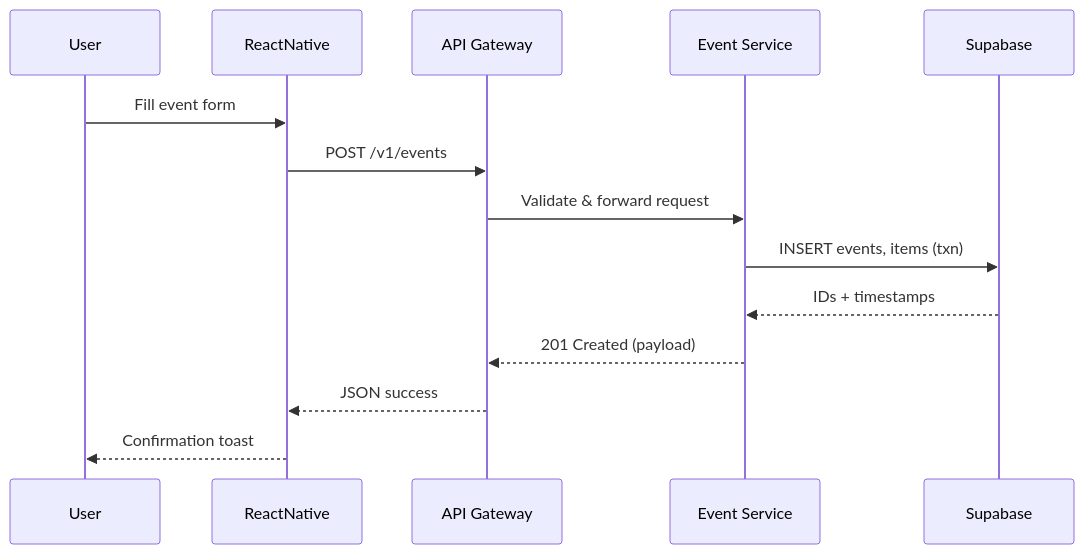
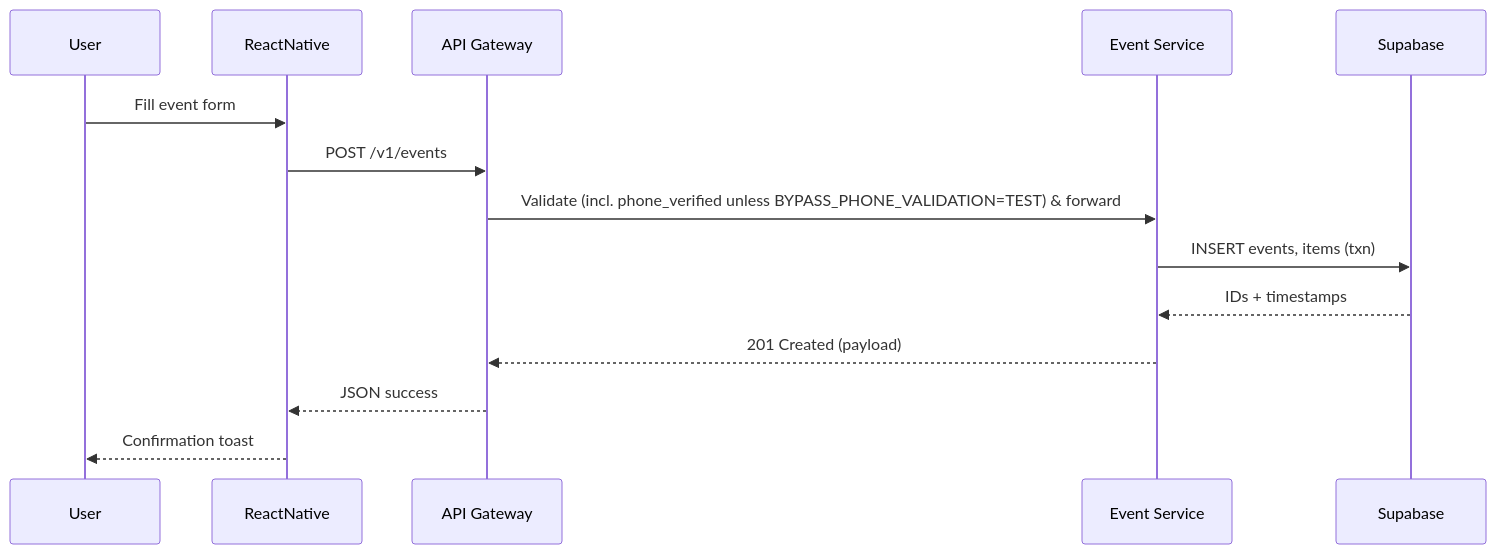
Before and after one commit to desimealsnow/Potluck: the third of 4 diagrams in docs/core/architecture.md, drawn with Mermaid. The commit also changed other lines of this file and 2 other files, not shown here.

Commit message:
feat: Add phone verification flow and update docs

````diff
--- a/docs/core/architecture.md
+++ b/docs/core/architecture.md
@@ -115,17 +118,17 @@
 ```mermaid
 sequenceDiagram
   participant U as User
   participant RN as ReactNative
   participant API as API Gateway
   participant EV as Event Service
   participant DB as Supabase
 
   U->>RN: Fill event form
   RN->>API: POST /v1/events
-  API->>EV: Validate & forward request
+  API->>EV: Validate (incl. phone_verified unless BYPASS_PHONE_VALIDATION=TEST) & forward
   EV->>DB: INSERT events, items (txn)
   DB-->>EV: IDs + timestamps
   EV-->>API: 201 Created (payload)
   API-->>RN: JSON success
   RN-->>U: Confirmation toast
 ```
````
